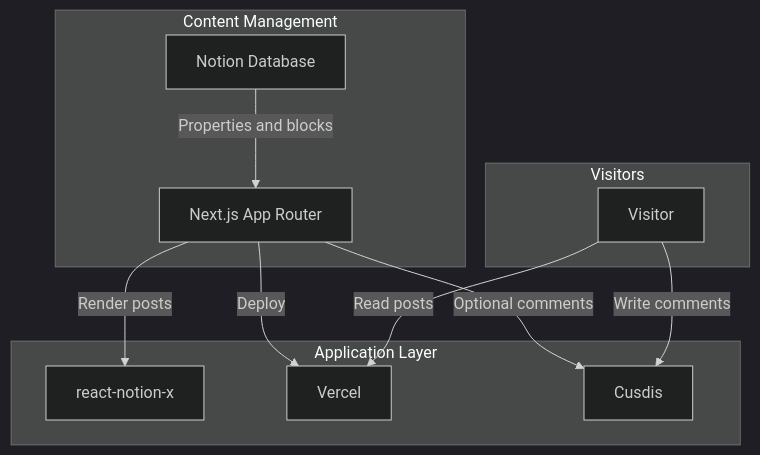
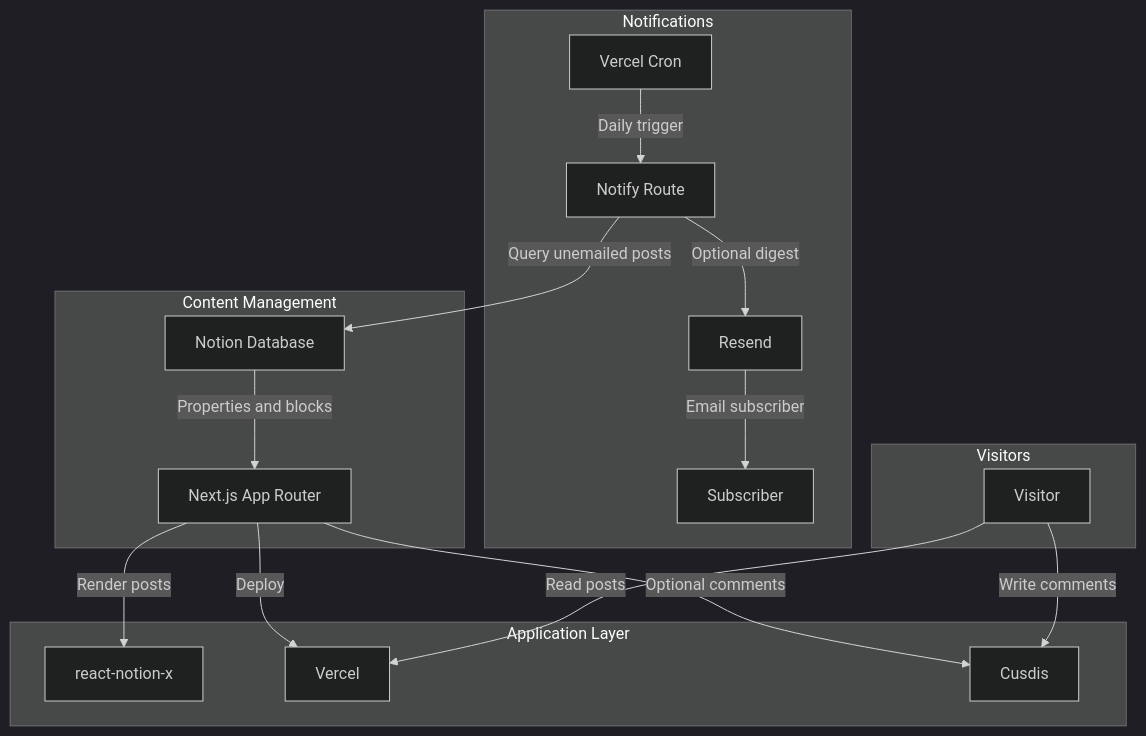
One commit to 4lph4-dvlp/NoLog changed the diagram in README.md. Above: the diagram before and after it, drawn with Mermaid (dark theme). The commit also changed 1 other file, not shown here.

Commit message:
feat(06-02): add Notifications subgraph to both architecture diagrams
- README.md: new "Notifications" subgraph (Vercel Cron -> Notify Route
  -> Resend -> Subscriber), reusing the existing N[Notion Database] node
  via a cross-subgraph edge, positioned between Application Layer and
  Visitors
- README_KR.md: Korean "알림" counterpart, product nouns (Vercel Cron,
  Resend) left untranslated per existing convention

````diff
--- a/README.md
+++ b/README.md
@@ -26,17 +26,24 @@
 ```mermaid
 graph TD
     subgraph "Content Management"
         N[Notion Database] -->|Properties and blocks| V[Next.js App Router]
     end
 
     subgraph "Application Layer"
         V -->|Render posts| RX[react-notion-x]
         V -->|Deploy| VC[Vercel]
         V -->|Optional comments| C[Cusdis]
     end
 
+    subgraph "Notifications"
+        CR[Vercel Cron] -->|Daily trigger| NR[Notify Route]
+        NR -->|Query unemailed posts| N
+        NR -->|Optional digest| RS[Resend]
+        RS -->|Email subscriber| SUB[Subscriber]
+    end
+
     subgraph "Visitors"
         U[Visitor] -->|Read posts| VC
         U -->|Write comments| C
     end
 ```
````
